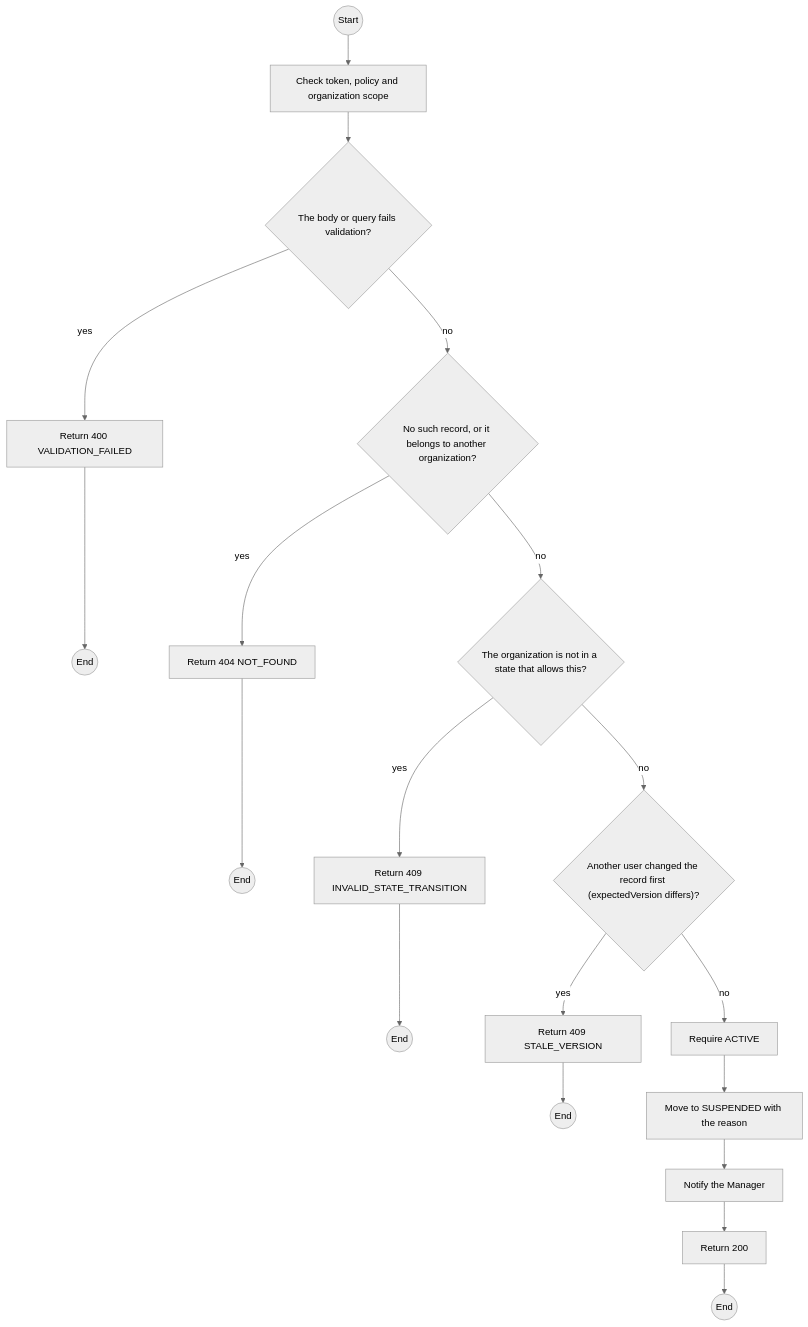
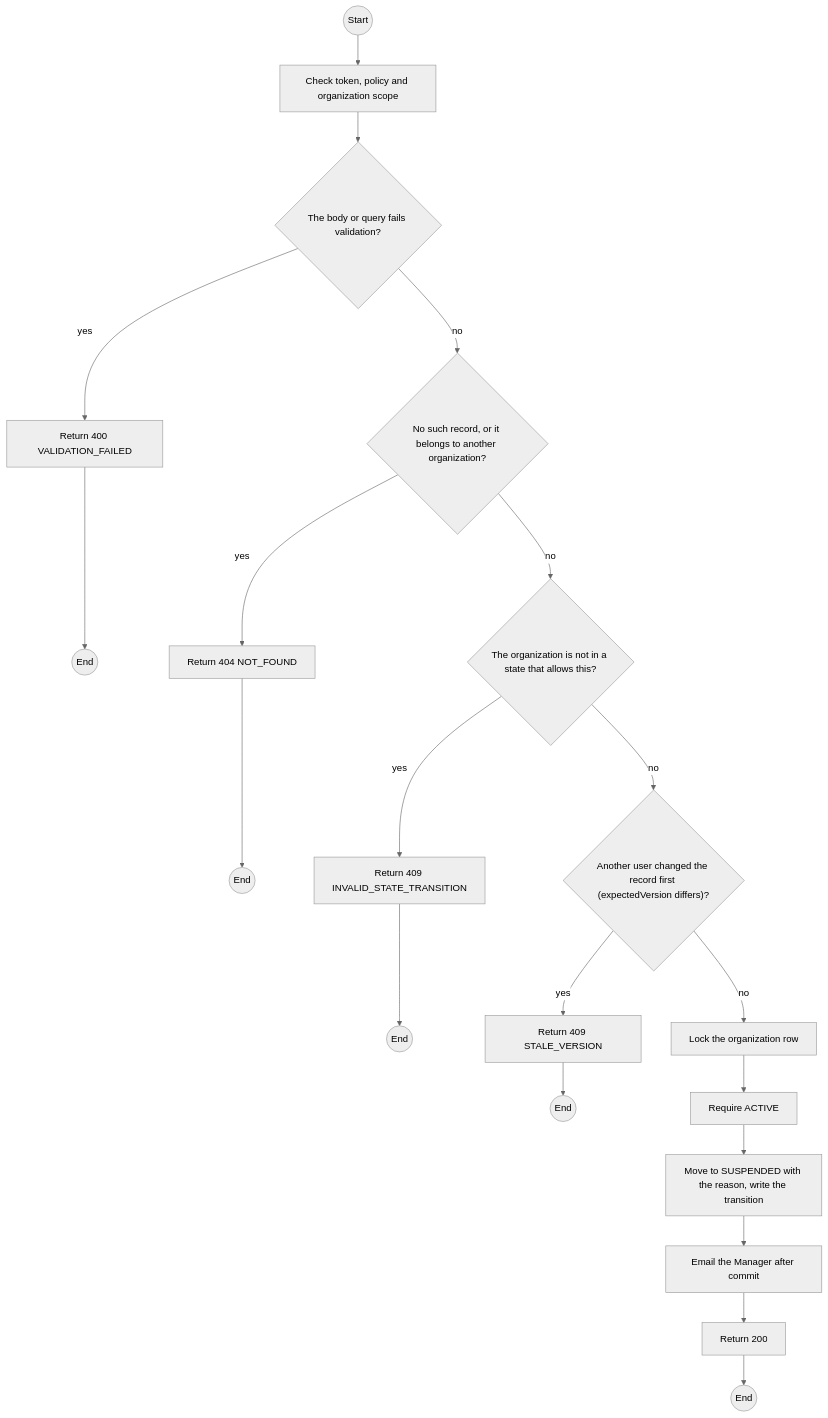
The first of 2 diagrams in specs/organizations/api-design/08-post-organizations-id-suspend.md (TrekLink-Team/treklink-web), drawn with Mermaid (neutral theme) before and after one commit. The commit also changed other lines of this file and 7 other files, not shown here.

````diff
--- a/specs/organizations/api-design/08-post-organizations-id-suspend.md
+++ b/specs/organizations/api-design/08-post-organizations-id-suspend.md
@@ -180,35 +180,37 @@
 ```mermaid
 flowchart TB
     S((Start))
     A0["Check token, policy and organization scope"]
     S --> A0
     D1{"The body or query fails validation?"}
     A0 --> D1
     E1["Return 400 VALIDATION_FAILED"]
     D1 -->|yes| E1
     E1 --> X1((End))
     D2{"No such record, or it belongs to another organization?"}
     D1 -->|no| D2
     E2["Return 404 NOT_FOUND"]
     D2 -->|yes| E2
     E2 --> X2((End))
     D3{"The organization is not in a state that allows this?"}
     D2 -->|no| D3
     E3["Return 409 INVALID_STATE_TRANSITION"]
     D3 -->|yes| E3
     E3 --> X3((End))
     D4{"Another user changed the record first (expectedVersion differs)?"}
     D3 -->|no| D4
     E4["Return 409 STALE_VERSION"]
     D4 -->|yes| E4
     E4 --> X4((End))
-    P0["Require ACTIVE"]
+    P0["Lock the organization row"]
     D4 -->|no| P0
-    P1["Move to SUSPENDED with the reason"]
+    P1["Require ACTIVE"]
     P0 --> P1
-    P2["Notify the Manager"]
+    P2["Move to SUSPENDED with the reason, write the transition"]
     P1 --> P2
+    P3["Email the Manager after commit"]
+    P2 --> P3
     OK["Return 200"]
-    P2 --> OK
+    P3 --> OK
     OK --> Z((End))
 ```
````
